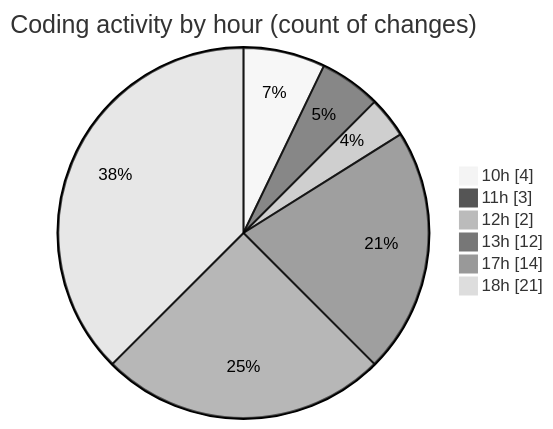
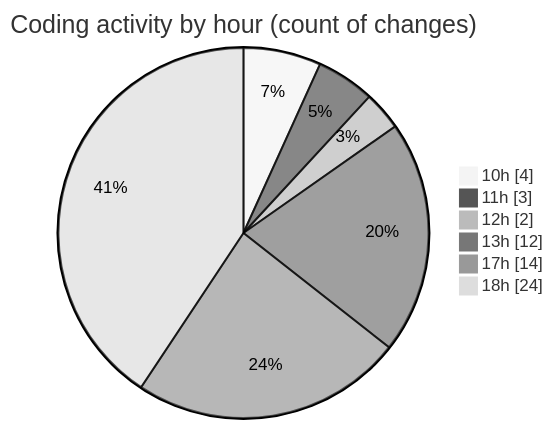
The second of 2 diagrams in 2026-08-21/nxtqube_webapp/README.md (nxtqubesakshisongat/code-tracking), drawn with Mermaid (neutral theme) before and after one commit. The commit also changed other lines of this file and 1 other file, not shown here.

````diff
--- a/2026-08-21/nxtqube_webapp/README.md
+++ b/2026-08-21/nxtqube_webapp/README.md
@@ -51,10 +52,10 @@
 ```mermaid
 pie showData
 title Coding activity by hour (count of changes)
 "10h" : 4
 "11h" : 3
 "12h" : 2
 "13h" : 12
 "17h" : 14
-"18h" : 21
+"18h" : 24
 ```
````
